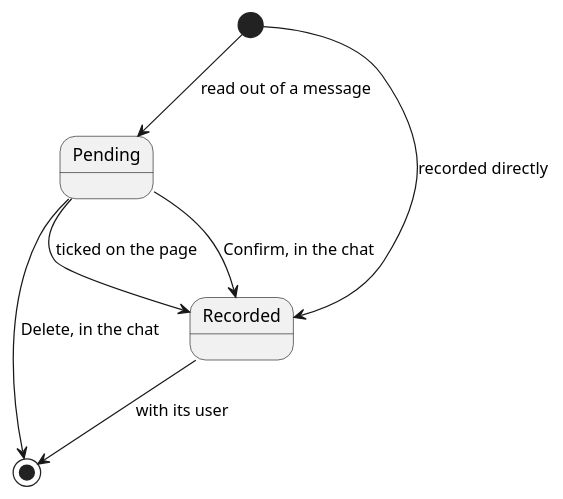
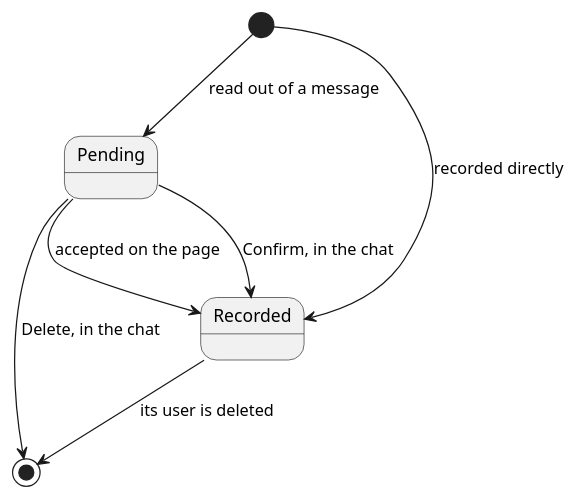
Before and after one commit to ds-usova/finance-bot: the diagram in ledger-service/docs/domain/expense.md, drawn with PlantUML.

Commit message:
Documentation: name the event on every expense transition

````diff
--- a/ledger-service/docs/domain/expense.md
+++ b/ledger-service/docs/domain/expense.md
@@ -35,10 +35,10 @@
 ```plantuml
 @startuml
 [*] --> Pending : read out of a message
 [*] --> Recorded : recorded directly
 Pending --> Recorded : Confirm, in the chat
-Pending --> Recorded : ticked on the page
+Pending --> Recorded : accepted on the page
 Pending --> [*] : Delete, in the chat
-Recorded --> [*] : with its user
+Recorded --> [*] : its user is deleted
 @enduml
 ```
````
